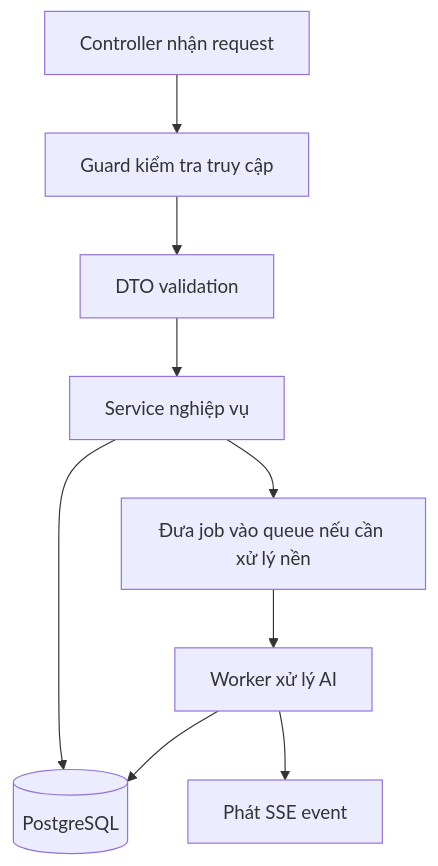
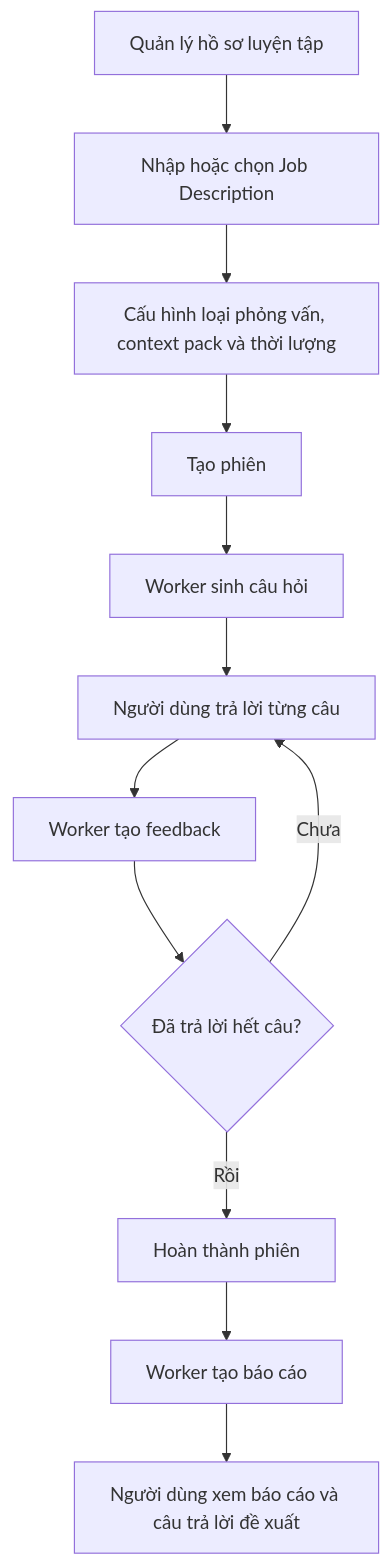
One commit to lethanhan01/interview-coach changed the second of 15 diagrams in docs/final_report/Chuong4.md. Above: the diagram before and after it, drawn with Mermaid. The commit also changed other lines of this file, not shown here.

Commit message:
Sửa báo cáo chương 4

````diff
--- a/docs/final_report/Chuong4.md
+++ b/docs/final_report/Chuong4.md
@@ -154,11 +68,14 @@
 ```mermaid
 flowchart TD
-    C[Controller nhận request] --> G[Guard kiểm tra truy cập]
-    G --> V[DTO validation]
-    V --> S[Service nghiệp vụ]
-    S --> P[(PostgreSQL)]
-    S --> Q[Đưa job vào queue nếu cần xử lý nền]
-    Q --> W[Worker xử lý AI]
-    W --> P
-    W --> E[Phát SSE event]
+    A[Quản lý hồ sơ luyện tập] --> B[Nhập hoặc chọn Job Description]
+    B --> C[Cấu hình loại phỏng vấn, context pack và thời lượng]
+    C --> D[Tạo phiên]
+    D --> E[Worker sinh câu hỏi]
+    E --> F[Người dùng trả lời từng câu]
+    F --> G[Worker tạo feedback]
+    G --> H{Đã trả lời hết câu?}
+    H -->|Chưa| F
+    H -->|Rồi| I[Hoàn thành phiên]
+    I --> J[Worker tạo báo cáo]
+    J --> K[Người dùng xem báo cáo và câu trả lời đề xuất]
 ```
````
